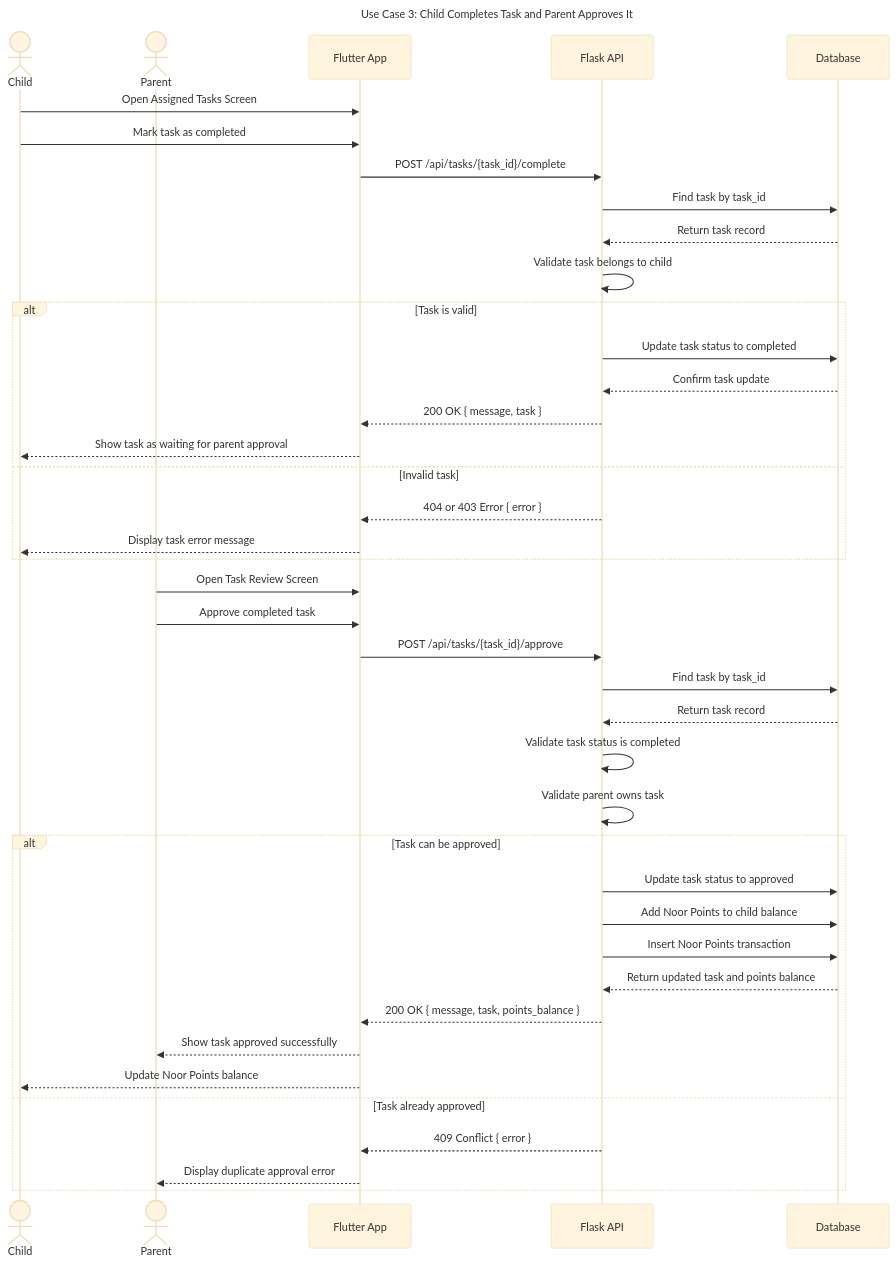
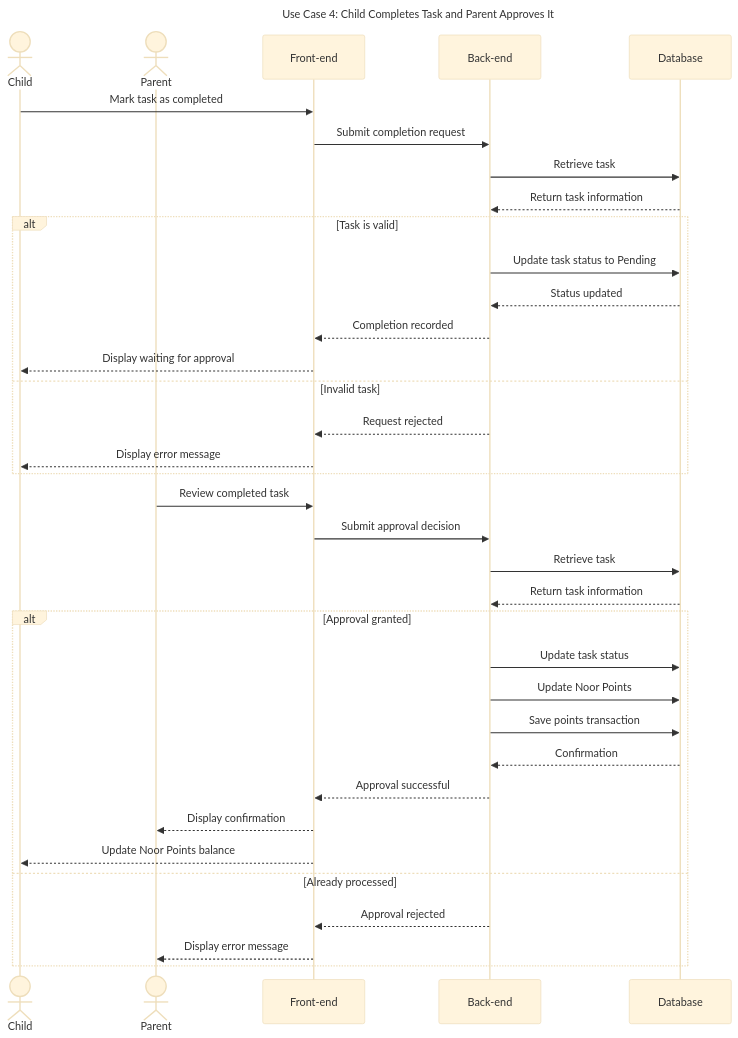
Before and after one commit to Norahxj/HolbertonSchool-Portfolio_Project: the sixth of 7 diagrams in STAGE3/Asalah_Technical_Documentation.md, drawn with Mermaid (base theme). The commit also changed other lines of this file and 2 other files, not shown here.

````diff
--- a/STAGE3/Asalah_Technical_Documentation.md
+++ b/STAGE3/Asalah_Technical_Documentation.md
@@ -512,50 +713,45 @@
 ```mermaid
 sequenceDiagram
-    title Use Case 3: Child Completes Task and Parent Approves It
+    title Use Case 4: Child Completes Task and Parent Approves It
 
     actor Child
     actor Parent
-    participant FlutterApp as Flutter App
-    participant FlaskAPI as Flask API
-    participant Database as Database
+    participant FrontEnd as Front-end
+    participant BackEnd as Back-end
+    participant Database
 
-    Child->>FlutterApp: Open Assigned Tasks Screen
-    Child->>FlutterApp: Mark task as completed
-    FlutterApp->>FlaskAPI: POST /api/tasks/{task_id}/complete
+    Child->>FrontEnd: Mark task as completed
+    FrontEnd->>BackEnd: Submit completion request
 
-    FlaskAPI->>Database: Find task by task_id
-    Database-->>FlaskAPI: Return task record
-    FlaskAPI->>FlaskAPI: Validate task belongs to child
+    BackEnd->>Database: Retrieve task
+    Database-->>BackEnd: Return task information
 
     alt Task is valid
-        FlaskAPI->>Database: Update task status to completed
-        Database-->>FlaskAPI: Confirm task update
-        FlaskAPI-->>FlutterApp: 200 OK { message, task }
-        FlutterApp-->>Child: Show task as waiting for parent approval
+        BackEnd->>Database: Update task status to Pending
+        Database-->>BackEnd: Status updated
+        BackEnd-->>FrontEnd: Completion recorded
+        FrontEnd-->>Child: Display waiting for approval
     else Invalid task
-        FlaskAPI-->>FlutterApp: 404 or 403 Error { error }
-        FlutterApp-->>Child: Display task error message
+        BackEnd-->>FrontEnd: Request rejected
+        FrontEnd-->>Child: Display error message
     end
 
-    Parent->>FlutterApp: Open Task Review Screen
-    Parent->>FlutterApp: Approve completed task
-    FlutterApp->>FlaskAPI: POST /api/tasks/{task_id}/approve
+    Parent->>FrontEnd: Review completed task
+    FrontEnd->>BackEnd: Submit approval decision
 
-    FlaskAPI->>Database: Find task by task_id
-    Database-->>FlaskAPI: Return task record
-    FlaskAPI->>FlaskAPI: Validate task status is completed
-    FlaskAPI->>FlaskAPI: Validate parent owns task
+    BackEnd->>Database: Retrieve task
+    Database-->>BackEnd: Return task information
 
-    alt Task can be approved
-        FlaskAPI->>Database: Update task status to approved
-        FlaskAPI->>Database: Add Noor Points to child balance
-        FlaskAPI->>Database: Insert Noor Points transaction
-        Database-->>FlaskAPI: Return updated task and points balance
-        FlaskAPI-->>FlutterApp: 200 OK { message, task, points_balance }
-        FlutterApp-->>Parent: Show task approved successfully
-        FlutterApp-->>Child: Update Noor Points balance
-    else Task already approved
-        FlaskAPI-->>FlutterApp: 409 Conflict { error }
-        FlutterApp-->>Parent: Display duplicate approval error
+    alt Approval granted
+        BackEnd->>Database: Update task status
+        BackEnd->>Database: Update Noor Points
+        BackEnd->>Database: Save points transaction
+        Database-->>BackEnd: Confirmation
+        BackEnd-->>FrontEnd: Approval successful
+        FrontEnd-->>Parent: Display confirmation
+        FrontEnd-->>Child: Update Noor Points balance
+    else Already processed
+        BackEnd-->>FrontEnd: Approval rejected
+        FrontEnd-->>Parent: Display error message
     end
 ```
````
